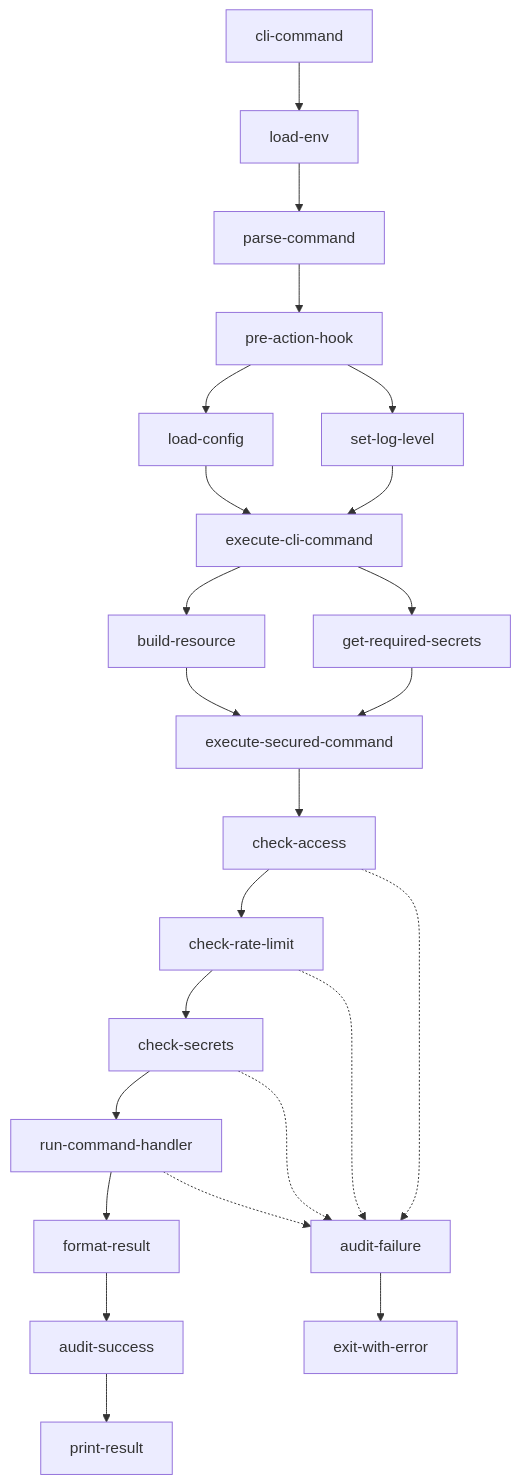
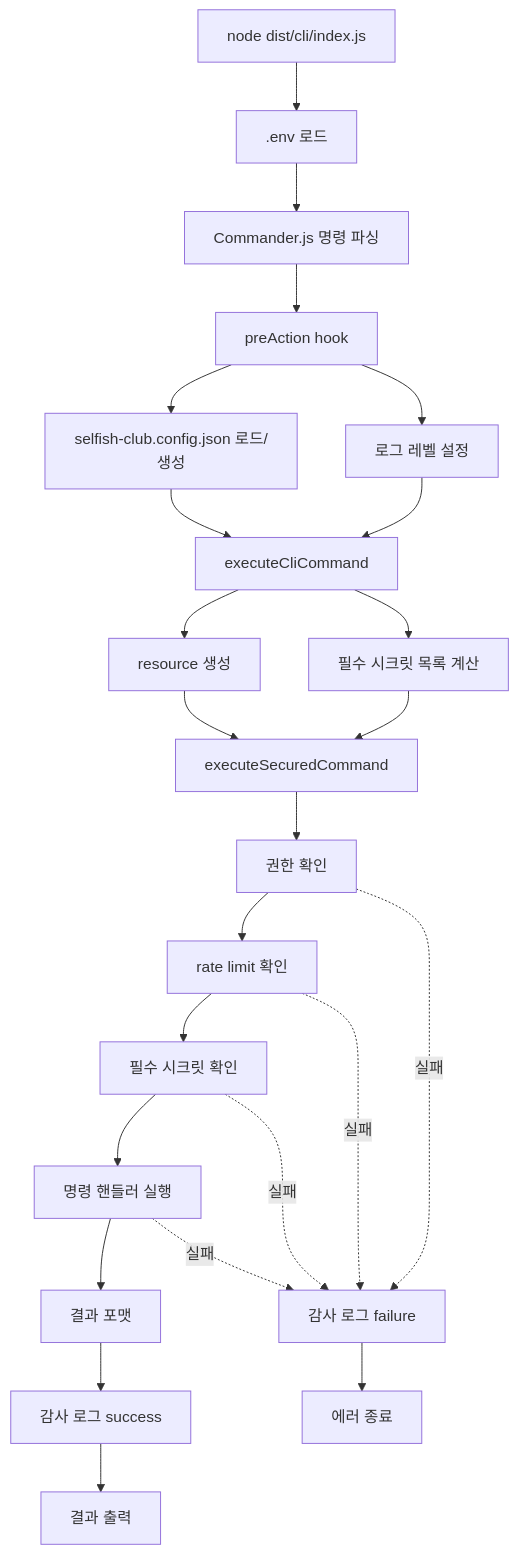
One commit to pandol69kim-bot/gitautopipe changed the second of 8 diagrams in 프로그램 흐름도.md. Above: the diagram before and after it, drawn with Mermaid. The commit also changed other lines of this file and 5 other files, not shown here.

Commit message:
feat: Add new diagrams and update existing documentation for improved clarity and Mermaid compatibility

````diff
--- a/프로그램 흐름도.md
+++ b/프로그램 흐름도.md
@@ -28,45 +26,29 @@
 ```mermaid
-graph TD
-Start[cli-command]
-Dotenv[load-env]
-Parse[parse-command]
-PreAction[pre-action-hook]
-Config[load-config]
-Logger[set-log-level]
-Secured[execute-cli-command]
-Resource[build-resource]
-Secrets[get-required-secrets]
-Security[execute-secured-command]
-Access[check-access]
-RateLimit[check-rate-limit]
-SecretCheck[check-secrets]
-Handler[run-command-handler]
-Format[format-result]
-AuditSuccess[audit-success]
-Output[print-result]
-AuditFail[audit-failure]
-Error[exit-with-error]
-Start --> Dotenv
-Dotenv --> Parse
-Parse --> PreAction
-PreAction --> Config
-PreAction --> Logger
-Config --> Secured
-Logger --> Secured
-Secured --> Resource
-Secured --> Secrets
-Resource --> Security
-Secrets --> Security
-Security --> Access
-Access --> RateLimit
-RateLimit --> SecretCheck
-SecretCheck --> Handler
-Handler --> Format
-Format --> AuditSuccess
-AuditSuccess --> Output
-Access -.-> AuditFail
-RateLimit -.-> AuditFail
-SecretCheck -.-> AuditFail
-Handler -.-> AuditFail
-AuditFail --> Error
+flowchart TB
+  Start["node dist/cli/index.js <command>"] --> Dotenv[".env 로드"]
+  Dotenv --> Parse["Commander.js 명령 파싱"]
+  Parse --> PreAction["preAction hook"]
+  PreAction --> Config["selfish-club.config.json 로드/생성"]
+  PreAction --> Logger["로그 레벨 설정"]
+  Config --> Secured["executeCliCommand"]
+  Logger --> Secured
+
+  Secured --> Resource["resource 생성"]
+  Secured --> Secrets["필수 시크릿 목록 계산"]
+  Resource --> Security["executeSecuredCommand"]
+  Secrets --> Security
+
+  Security --> Access["권한 확인"]
+  Access --> RateLimit["rate limit 확인"]
+  RateLimit --> SecretCheck["필수 시크릿 확인"]
+  SecretCheck --> Handler["명령 핸들러 실행"]
+  Handler --> Format["결과 포맷"]
+  Format --> AuditSuccess["감사 로그 success"]
+  AuditSuccess --> Output["결과 출력"]
+
+  Access -. 실패 .-> AuditFail["감사 로그 failure"]
+  RateLimit -. 실패 .-> AuditFail
+  SecretCheck -. 실패 .-> AuditFail
+  Handler -. 실패 .-> AuditFail
+  AuditFail --> Error["에러 종료"]
 ```
````
